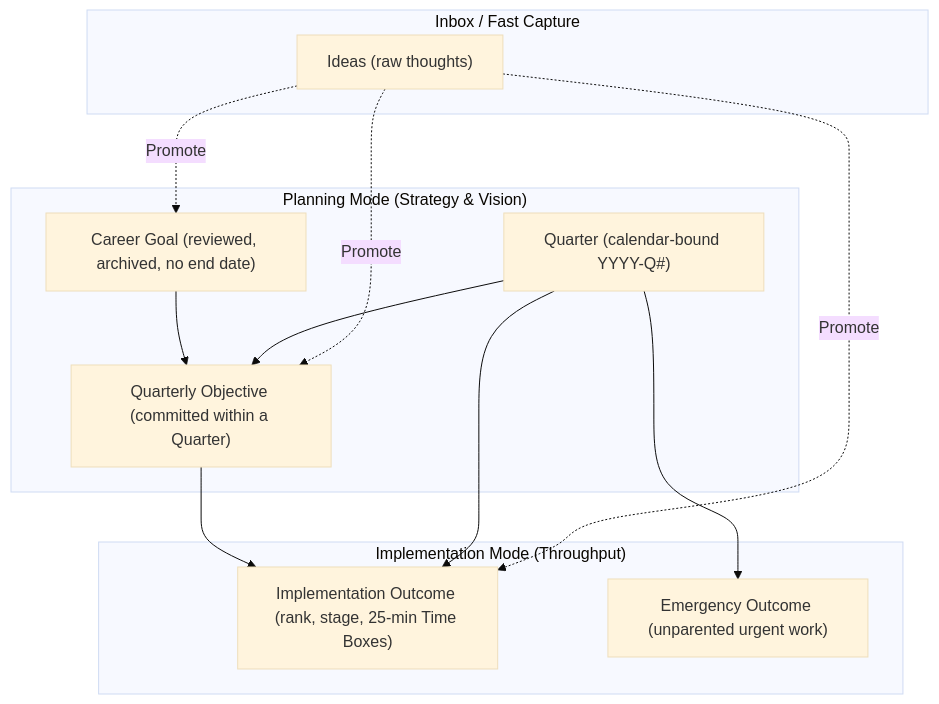
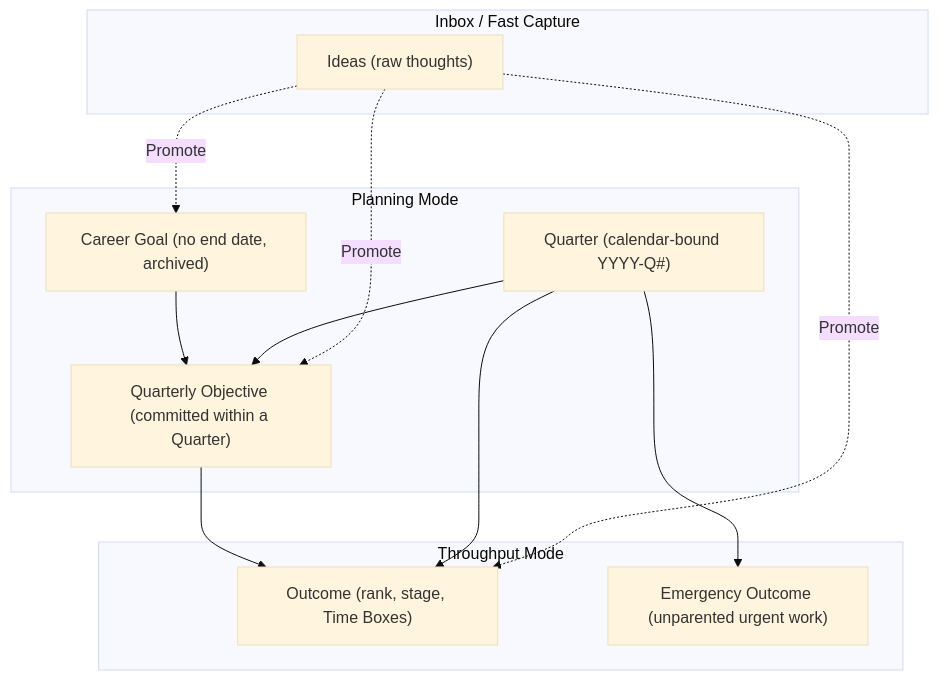
One commit to kchapl/rocket changed the first of 2 diagrams in DESIGN.md. Above: the diagram before and after it, drawn with Mermaid (base theme). The commit also changed other lines of this file and 4 other files, not shown here.

````diff
--- a/DESIGN.md
+++ b/DESIGN.md
@@ -11,26 +11,26 @@
 ```mermaid
 graph TD
     subgraph Inbox ["Inbox / Fast Capture"]
         Idea["Ideas (raw thoughts)"]
     end
 
-    subgraph Planning ["Planning Mode (Strategy & Vision)"]
-        CG["Career Goal (reviewed, archived, no end date)"]
+    subgraph Planning ["Planning Mode"]
+        CG["Career Goal (no end date, archived)"]
         QO["Quarterly Objective (committed within a Quarter)"]
         Q["Quarter (calendar-bound YYYY-Q#)"]
         CG --> QO
         Q --> QO
     end
 
-    subgraph Implementation ["Implementation Mode (Throughput)"]
-        IO["Implementation Outcome (rank, stage, 25-min Time Boxes)"]
+    subgraph Throughput ["Throughput Mode"]
+        O["Outcome (rank, stage, Time Boxes)"]
         EO["Emergency Outcome (unparented urgent work)"]
-        QO --> IO
-        Q --> IO
+        QO --> O
+        Q --> O
         Q --> EO
     end
 
     Idea -.->|Promote| CG
     Idea -.->|Promote| QO
-    Idea -.->|Promote| IO
+    Idea -.->|Promote| O
 ```
````
